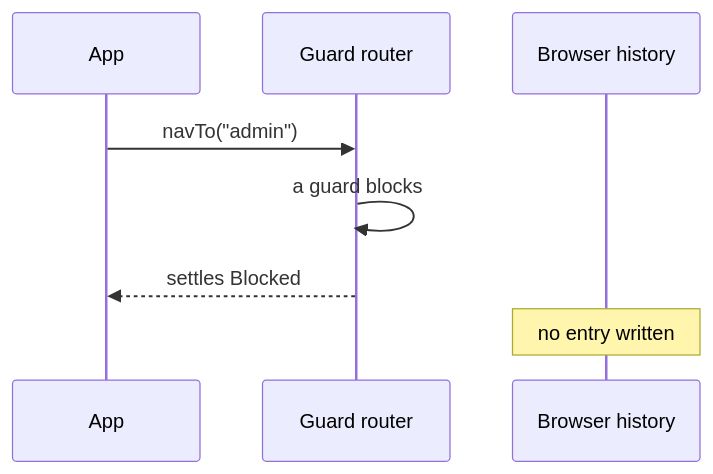
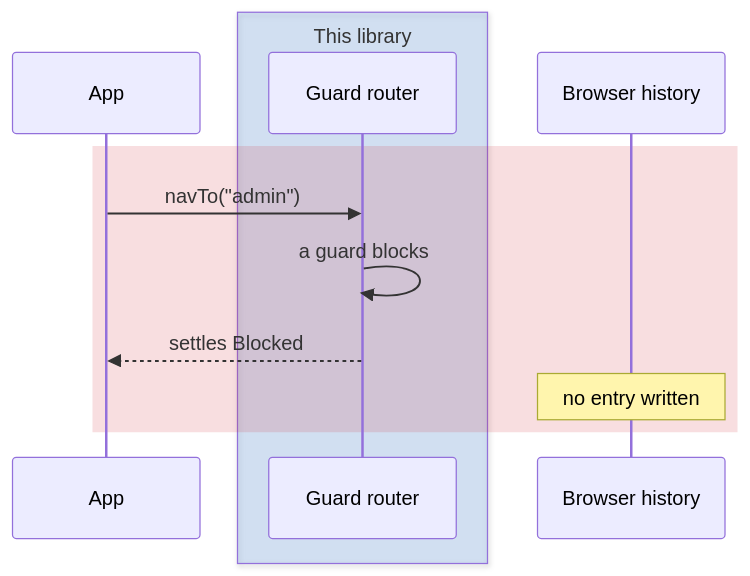
Before and after one commit to wridgeu/ui5-lib-guard-router: the fifth of 9 diagrams in packages/lib/README.md, drawn with Mermaid. The commit also changed other lines of this file and 4 other files, not shown here.

First line of the commit message:
docs: give every diagram the one palette and a legend

````diff
--- a/packages/lib/README.md
+++ b/packages/lib/README.md
@@ -1176,10 +1188,14 @@
 ```mermaid
 sequenceDiagram
     participant App
-    participant Router as Guard router
+    box rgba(9, 105, 218, 0.15) This library
+        participant Router as Guard router
+    end
     participant History as Browser history
-    App->>Router: navTo("admin")
-    Router->>Router: a guard blocks
-    Router-->>App: settles Blocked
-    Note over History: no entry written
+    rect rgba(207, 34, 46, 0.15)
+        App->>Router: navTo("admin")
+        Router->>Router: a guard blocks
+        Router-->>App: settles Blocked
+        Note over History: no entry written
+    end
 ```
````
